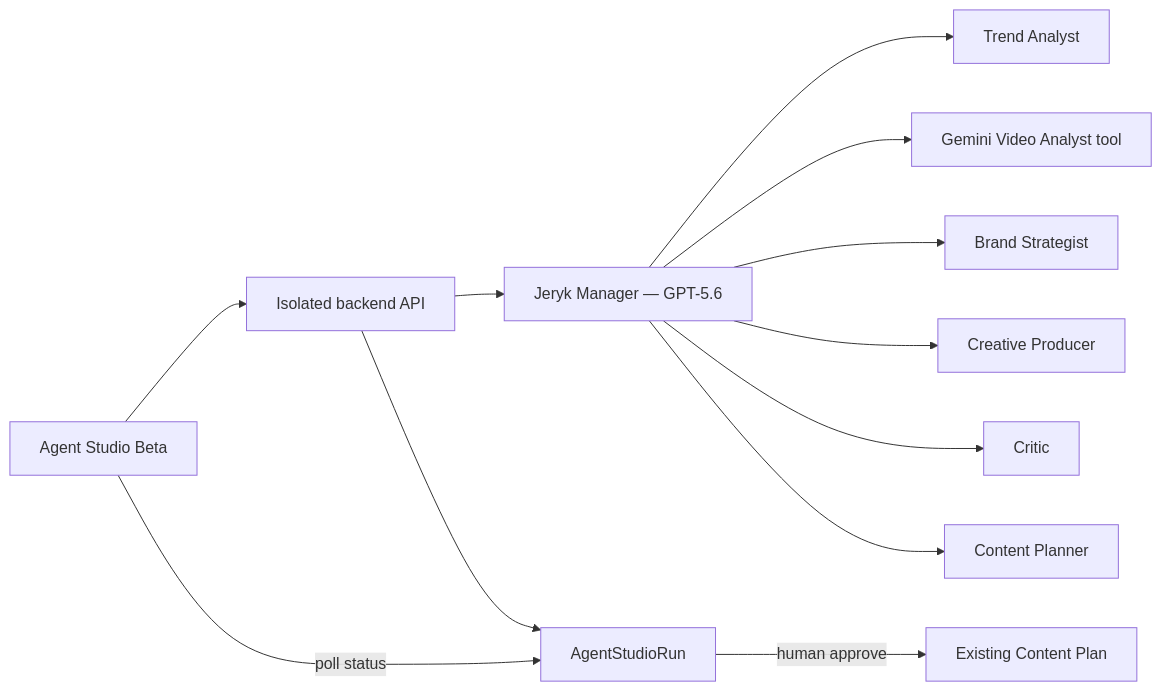
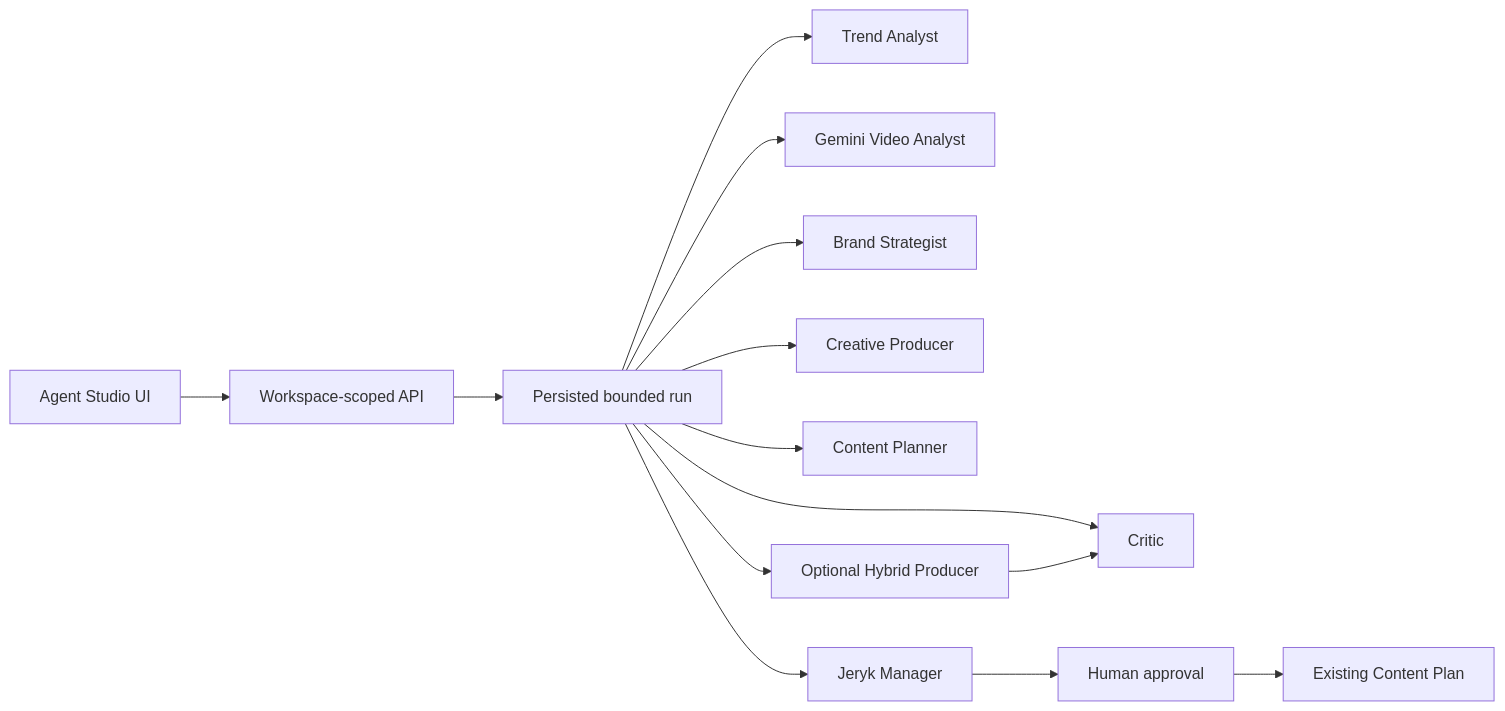
Before and after one commit to GarnikSacsha/DZHERO: the diagram in docs/superpowers/specs/2026-07-14-dzhero-agent-studio-build-week-design.md, drawn with Mermaid. The commit also changed other lines of this file and 18 other files, not shown here.

````diff
--- a/docs/superpowers/specs/2026-07-14-dzhero-agent-studio-build-week-design.md
+++ b/docs/superpowers/specs/2026-07-14-dzhero-agent-studio-build-week-design.md
@@ -83,14 +43,16 @@
 ```mermaid
 flowchart LR
-  UI["Agent Studio Beta"] --> API["Isolated backend API"]
-  API --> J["Jeryk Manager — GPT-5.6"]
-  J --> T["Trend Analyst"]
-  J --> V["Gemini Video Analyst tool"]
-  J --> B["Brand Strategist"]
-  J --> C["Creative Producer"]
-  J --> Q["Critic"]
-  J --> P["Content Planner"]
-  API --> RUN["AgentStudioRun"]
-  UI -->|poll status| RUN
-  RUN -->|human approve| CP["Existing Content Plan"]
+  UI["Agent Studio UI"] --> API["Workspace-scoped API"]
+  API --> RUN["Persisted bounded run"]
+  RUN --> T["Trend Analyst"]
+  RUN --> V["Gemini Video Analyst"]
+  RUN --> B["Brand Strategist"]
+  RUN --> C["Creative Producer"]
+  RUN --> Q["Critic"]
+  RUN --> P["Content Planner"]
+  RUN --> J["Jeryk Manager"]
+  RUN --> H["Optional Hybrid Producer"]
+  H --> Q
+  J --> A["Human approval"]
+  A --> CP["Existing Content Plan"]
 ```
````
